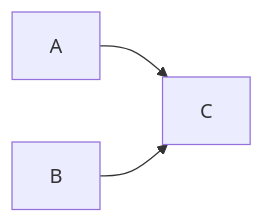
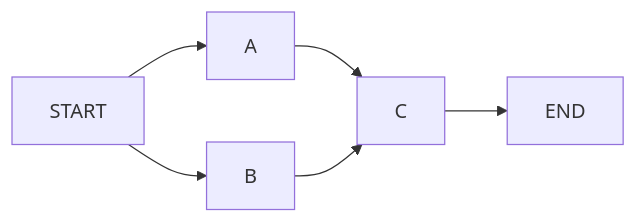
The diagram in docs/superpowers/specs/2026-06-23-disruptor-go-v1.1-topology-graph-design.md (photowey/disruptor.go), drawn with Mermaid before and after one commit. The commit also changed other lines of this file and 11 other files, not shown here.

Commit message:
feat: add virtual graph terminals

````diff
--- a/docs/superpowers/specs/2026-06-23-disruptor-go-v1.1-topology-graph-design.md
+++ b/docs/superpowers/specs/2026-06-23-disruptor-go-v1.1-topology-graph-design.md
@@ -566,8 +579,13 @@
 ```mermaid
 flowchart LR
+    START["START"]
     A["A"]
     B["B"]
     C["C"]
+    END["END"]
+    START --> A
+    START --> B
     A --> C
     B --> C
+    C --> END
 ```
````
